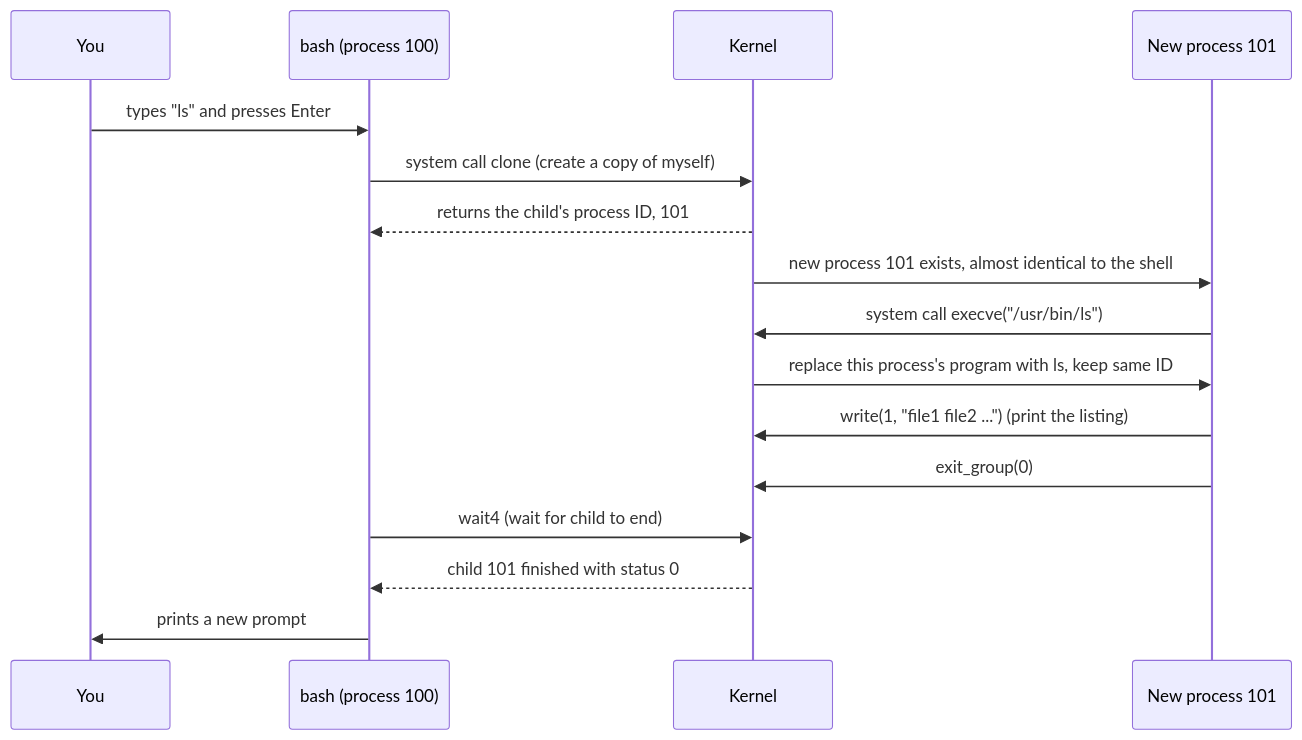
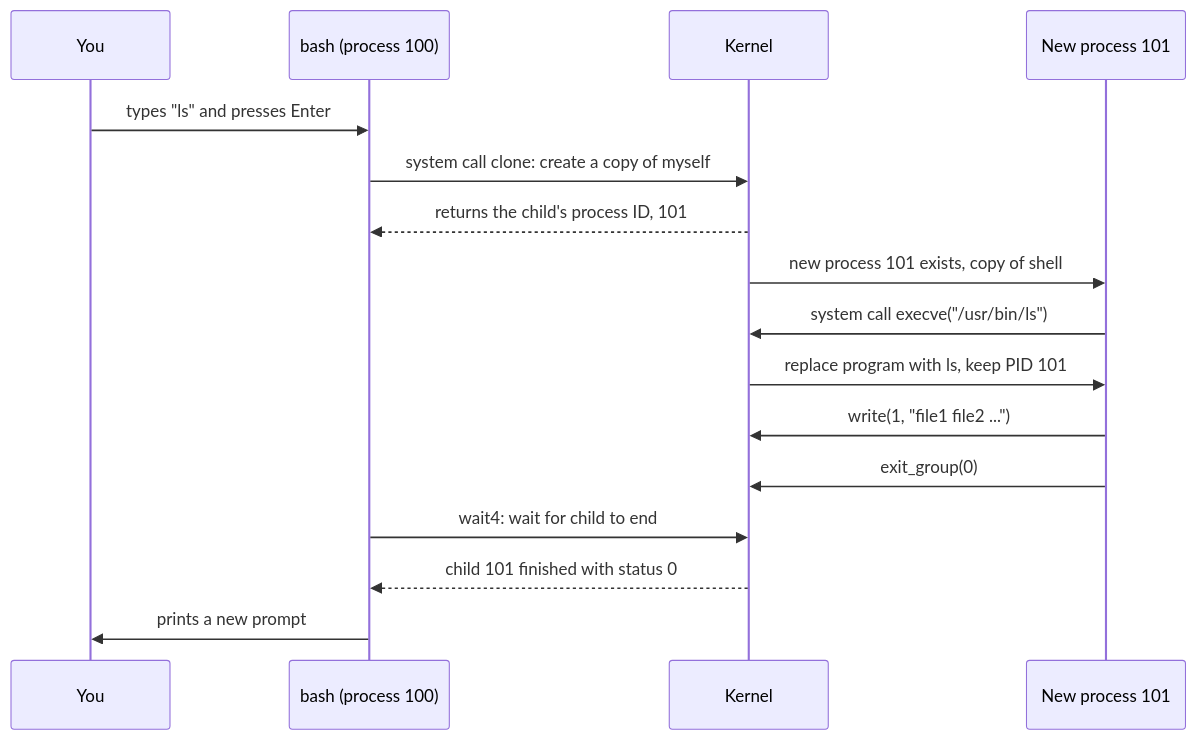
The third of 5 diagrams in docs/part-01-linux/01-the-linux-big-picture-kernel-userspace-distributions.md (jithinpnjm/ai-infra-handbook), drawn with Mermaid before and after one commit. The commit also changed other lines of this file and 11 other files, not shown here.

````diff
--- a/docs/part-01-linux/01-the-linux-big-picture-kernel-userspace-distributions.md
+++ b/docs/part-01-linux/01-the-linux-big-picture-kernel-userspace-distributions.md
@@ -178,18 +187,18 @@
 ```mermaid
 sequenceDiagram
   participant You
   participant Shell as bash (process 100)
   participant K as Kernel
   participant Child as New process 101
   You->>Shell: types "ls" and presses Enter
-  Shell->>K: system call clone (create a copy of myself)
+  Shell->>K: system call clone: create a copy of myself
   K-->>Shell: returns the child's process ID, 101
-  K->>Child: new process 101 exists, almost identical to the shell
+  K->>Child: new process 101 exists, copy of shell
   Child->>K: system call execve("/usr/bin/ls")
-  K->>Child: replace this process's program with ls, keep same ID
-  Child->>K: write(1, "file1 file2 ...") (print the listing)
+  K->>Child: replace program with ls, keep PID 101
+  Child->>K: write(1, "file1 file2 ...")
   Child->>K: exit_group(0)
-  Shell->>K: wait4 (wait for child to end)
+  Shell->>K: wait4: wait for child to end
   K-->>Shell: child 101 finished with status 0
   Shell->>You: prints a new prompt
 ```
````
